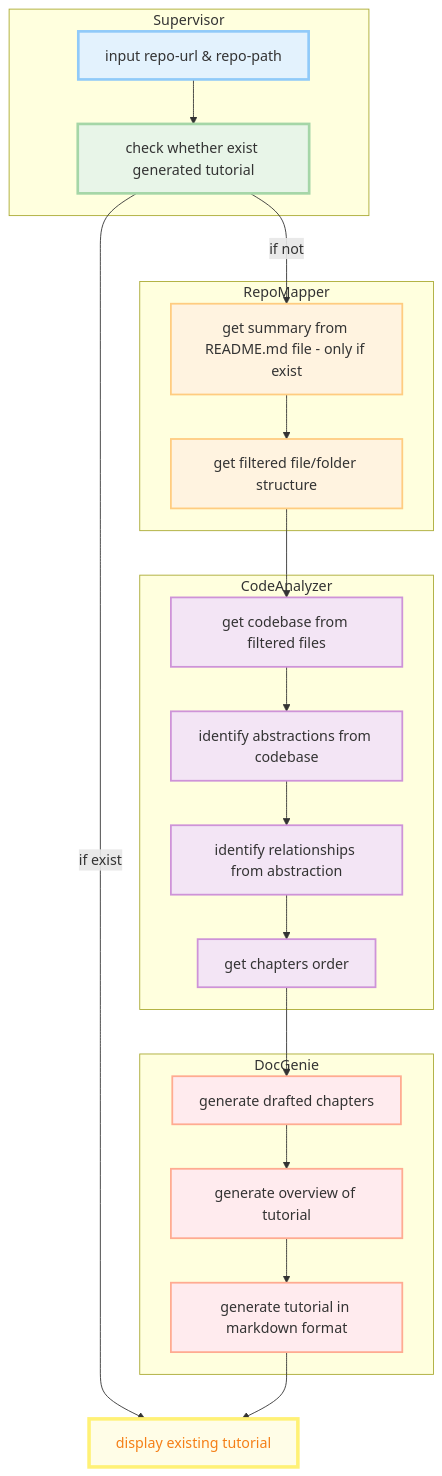
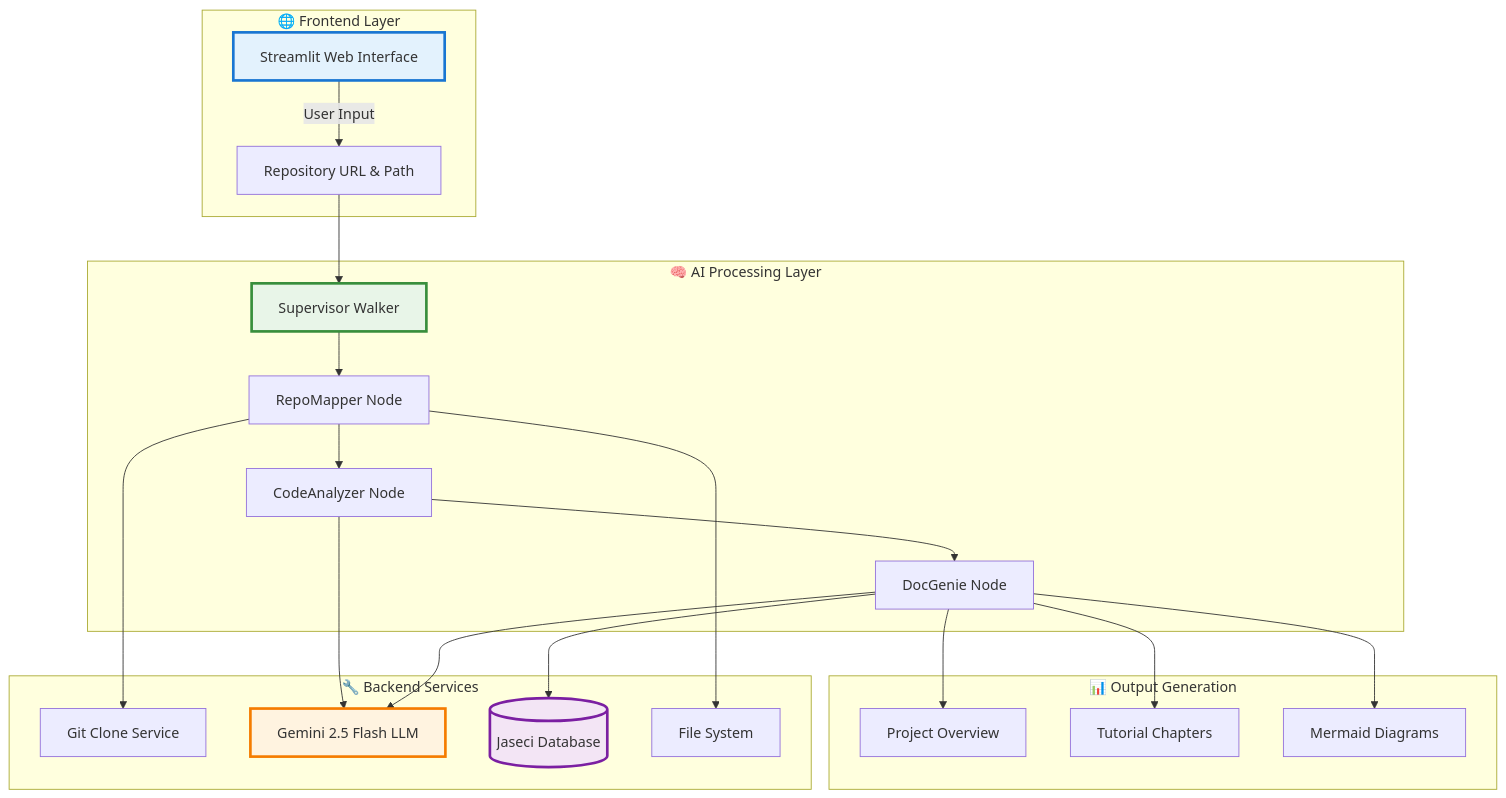
One commit to SahanUday/Codebase-Genius changed the diagram in README.md. Above: the diagram before and after it, drawn with Mermaid. The commit also changed other lines of this file and 6 other files, not shown here.

````diff
--- a/README.md
+++ b/README.md
@@ -126,40 +25,47 @@
-``` mermaid
-graph TD
-    subgraph Supervisor
-        A[input repo-url & repo-path]
-        A --> B[check whether exist generated tutorial]
+```mermaid
+graph TB
+    subgraph "🌐 Frontend Layer"
+        UI[Streamlit Web Interface]
+        UI --> |User Input| INPUT[Repository URL & Path]
     end
-    subgraph RepoMapper
-        B -->|if not| D[get summary from README.md file - only if exist]
-        D --> E[get filtered file/folder structure]
-
+    
+    subgraph "🧠 AI Processing Layer"
+        SUPERVISOR[Supervisor Walker]
+        REPO[RepoMapper Node]
+        CODE[CodeAnalyzer Node] 
+        DOC[DocGenie Node]
+        
+        SUPERVISOR --> REPO
+        REPO --> CODE
+        CODE --> DOC
     end
-    subgraph CodeAnalyzer
-        E --> F[get codebase from filtered files]
-        F --> G[identify abstractions from codebase]
-        G --> H[identify relationships from abstraction]
-        H --> I[get chapters order]
-
+    
+    subgraph "🔧 Backend Services"
+        GIT[Git Clone Service]
+        LLM[Gemini 2.5 Flash LLM]
+        DB[(Jaseci Database)]
+        FILE[File System]
     end
-    subgraph DocGenie
-        I --> J[generate drafted chapters]
-        J --> K[generate overview of tutorial]
-        K --> L[generate tutorial in markdown format]
-
+    
+    subgraph "📊 Output Generation"
+        OVERVIEW[Project Overview]
+        CHAPTERS[Tutorial Chapters]
+        DIAGRAMS[Mermaid Diagrams]
     end
-    B -->|if exist| M[display existing tutorial]
-    L --> M
-
-    style A fill:#E3F2FD,stroke:#90CAF9,stroke-width:3px,color:#1565C0        %% Input - Light Blue
-    style B fill:#E8F5E8,stroke:#A5D6A7,stroke-width:3px,color:#2E7D32        %% Check - Light Green
-    style D fill:#FFF3E0,stroke:#FFCC80,stroke-width:2px,color:#F57C00        %% Analysis - Light Orange
-    style E fill:#FFF3E0,stroke:#FFCC80,stroke-width:2px,color:#F57C00        %% Analysis - Light Orange
-    style F fill:#F3E5F5,stroke:#CE93D8,stroke-width:2px,color:#7B1FA2        %% Analysis - Light Purple
-    style G fill:#F3E5F5,stroke:#CE93D8,stroke-width:2px,color:#7B1FA2        %% Analysis - Light Purple
-    style H fill:#F3E5F5,stroke:#CE93D8,stroke-width:2px,color:#7B1FA2        %% Analysis - Light Purple
-    style I fill:#F3E5F5,stroke:#CE93D8,stroke-width:2px,color:#7B1FA2        %% Analysis - Light Purple
-    style J fill:#FFEBEE,stroke:#FFAB91,stroke-width:2px,color:#D32F2F        %% Generation - Light Red
-    style K fill:#FFEBEE,stroke:#FFAB91,stroke-width:2px,color:#D32F2F        %% Generation - Light Red
-    style L fill:#FFEBEE,stroke:#FFAB91,stroke-width:2px,color:#D32F2F        %% Generation - Light Red
-    style M fill:#FFFDE7,stroke:#FFF176,stroke-width:4px,color:#F57F17 
+    
+    INPUT --> SUPERVISOR
+    REPO --> GIT
+    REPO --> FILE
+    CODE --> LLM
+    DOC --> LLM
+    DOC --> DB
+    
+    DOC --> OVERVIEW
+    DOC --> CHAPTERS
+    DOC --> DIAGRAMS
+    
+    style UI fill:#E3F2FD,stroke:#1976D2,stroke-width:3px
+    style SUPERVISOR fill:#E8F5E8,stroke:#388E3C,stroke-width:3px
+    style LLM fill:#FFF3E0,stroke:#F57C00,stroke-width:3px
+    style DB fill:#F3E5F5,stroke:#7B1FA2,stroke-width:3px
 ```
````
